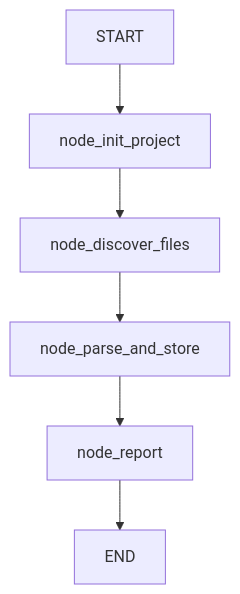
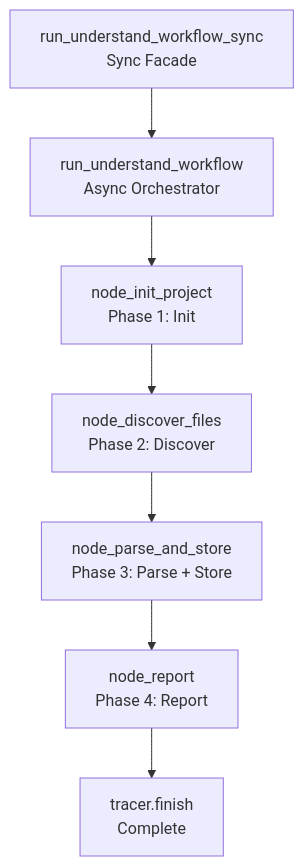
The diagram in docs/workflows/UNDERSTAND.md (brunogcar/agent), drawn with Mermaid before and after one commit. The commit also changed other lines of this file and 6 other files, not shown here.

````diff
--- a/docs/workflows/UNDERSTAND.md
+++ b/docs/workflows/UNDERSTAND.md
@@ -65,8 +49,9 @@
 ```mermaid
 graph TD
- A["START"] --> B["node_init_project"]
- B --> C["node_discover_files"]
- C --> D["node_parse_and_store"]
- D --> E["node_report"]
- E --> F["END"]
+    A["run_understand_workflow_sync<br/>Sync Facade"] --> B["run_understand_workflow<br/>Async Orchestrator"]
+    B --> C["node_init_project<br/>Phase 1: Init"]
+    C --> D["node_discover_files<br/>Phase 2: Discover"]
+    D --> E["node_parse_and_store<br/>Phase 3: Parse + Store"]
+    E --> F["node_report<br/>Phase 4: Report"]
+    F --> G["tracer.finish<br/>Complete"]
 ```
````
